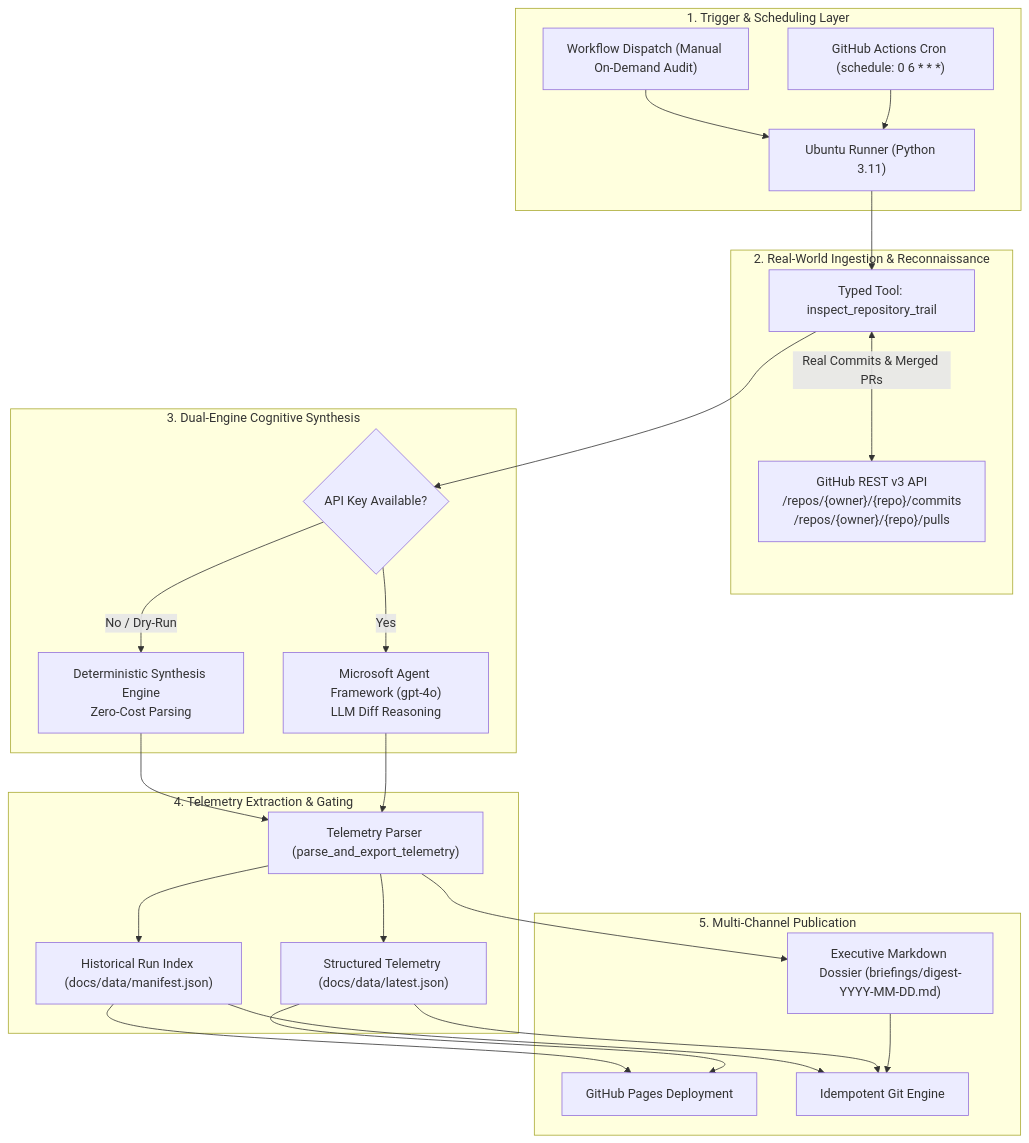
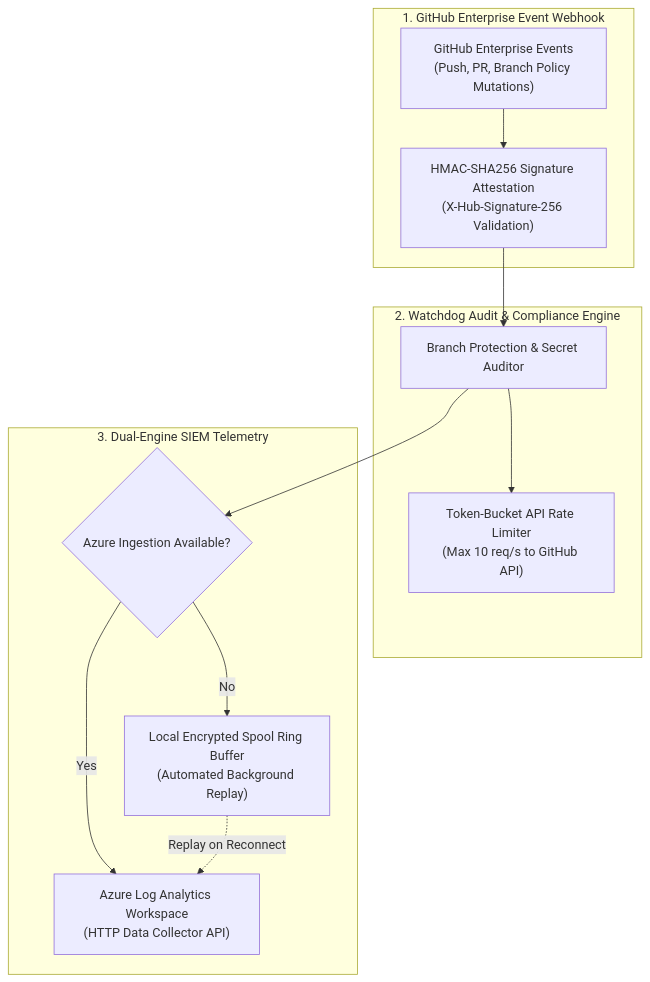
The diagram in README.md (FreeFades2Black/repo-watchdog-agent), drawn with Mermaid before and after one commit. The commit also changed other lines of this file and 7 other files, not shown here.

Commit message:
feat(ops): add dual-engine ADRs, Azure lag runbook, rate-limit RCA, and alerts

````diff
--- a/README.md
+++ b/README.md
@@ -71,43 +12,18 @@
 ```mermaid
 flowchart TD
-    subgraph Trigger ["1. Trigger & Scheduling Layer"]
-        Cron["GitHub Actions Cron (schedule: 0 6 * * *)"]
-        Dispatch["Workflow Dispatch (Manual On-Demand Audit)"]
-        Cron --> Runner["Ubuntu Runner (Python 3.11)"]
-        Dispatch --> Runner
+    subgraph GitHubWebhook ["1. GitHub Enterprise Event Webhook"]
+        GH["GitHub Enterprise Events<br/>(Push, PR, Branch Policy Mutations)"] --> HMAC["HMAC-SHA256 Signature Attestation<br/>(X-Hub-Signature-256 Validation)"]
     end
 
-    subgraph Ingestion ["2. Real-World Ingestion & Reconnaissance"]
-        Tool["Typed Tool: inspect_repository_trail"]
-        GH_API["GitHub REST v3 API<br/>/repos/{owner}/{repo}/commits<br/>/repos/{owner}/{repo}/pulls"]
-        Runner --> Tool
-        Tool <-->|Real Commits & Merged PRs| GH_API
+    subgraph WatchdogCore ["2. Watchdog Audit & Compliance Engine"]
+        HMAC --> Audit["Branch Protection & Secret Auditor"]
+        Audit --> Pacer["Token-Bucket API Rate Limiter<br/>(Max 10 req/s to GitHub API)"]
     end
 
-    subgraph Cognition ["3. Dual-Engine Cognitive Synthesis"]
-        Decision{"API Key Available?"}
-        Tool --> Decision
-        Decision -->|Yes| MAF["Microsoft Agent Framework (gpt-4o)<br/>LLM Diff Reasoning"]
-        Decision -->|No / Dry-Run| Deterministic["Deterministic Synthesis Engine<br/>Zero-Cost Parsing"]
-    end
-
-    subgraph Serialization ["4. Telemetry Extraction & Gating"]
-        Parser["Telemetry Parser (parse_and_export_telemetry)"]
-        MAF --> Parser
-        Deterministic --> Parser
-        Parser --> JSON["Structured Telemetry (docs/data/latest.json)"]
-        Parser --> Manifest["Historical Run Index (docs/data/manifest.json)"]
-    end
-
-    subgraph Publication ["5. Multi-Channel Publication"]
-        Dossier["Executive Markdown Dossier (briefings/digest-YYYY-MM-DD.md)"]
-        Pages["GitHub Pages Deployment"]
-        GitCommit["Idempotent Git Engine"]
-        JSON --> Pages
-        Manifest --> Pages
-        Parser --> Dossier
-        Dossier --> GitCommit
-        JSON --> GitCommit
-        Manifest --> GitCommit
+    subgraph TelemetryIngest ["3. Dual-Engine SIEM Telemetry"]
+        Audit --> Engine{"Azure Ingestion Available?"}
+        Engine -->|Yes| Azure["Azure Log Analytics Workspace<br/>(HTTP Data Collector API)"]
+        Engine -->|No| LocalSpool["Local Encrypted Spool Ring Buffer<br/>(Automated Background Replay)"]
+        LocalSpool -.->|Replay on Reconnect| Azure
     end
 ```
````
